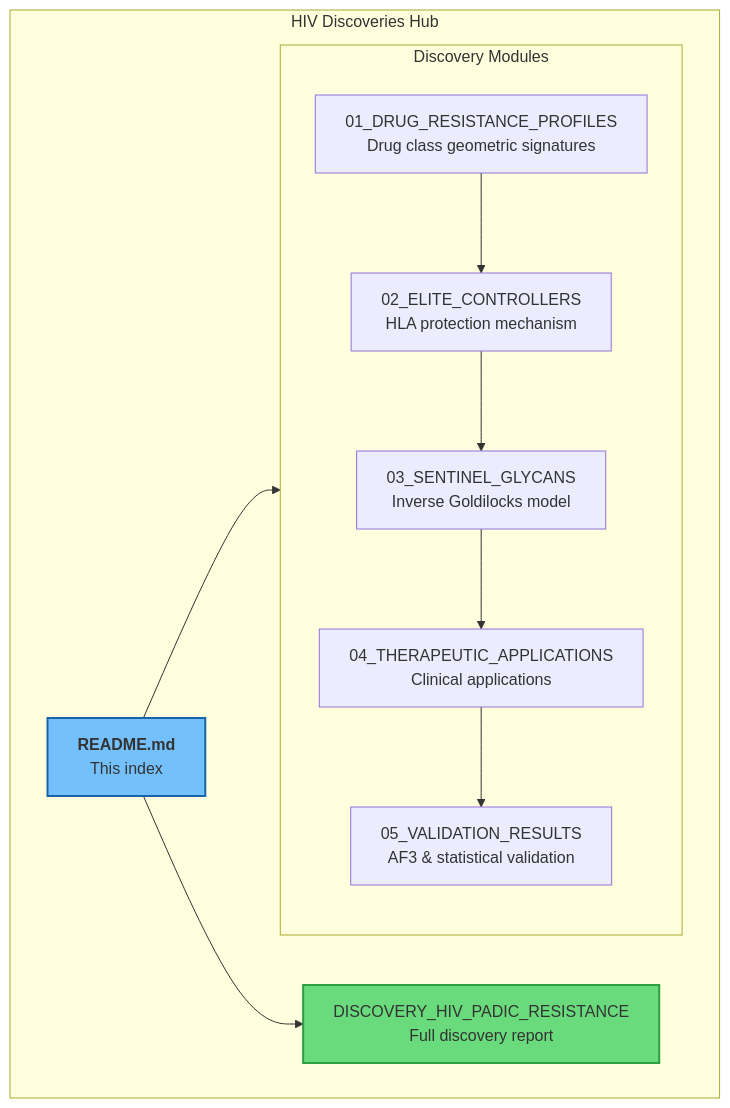
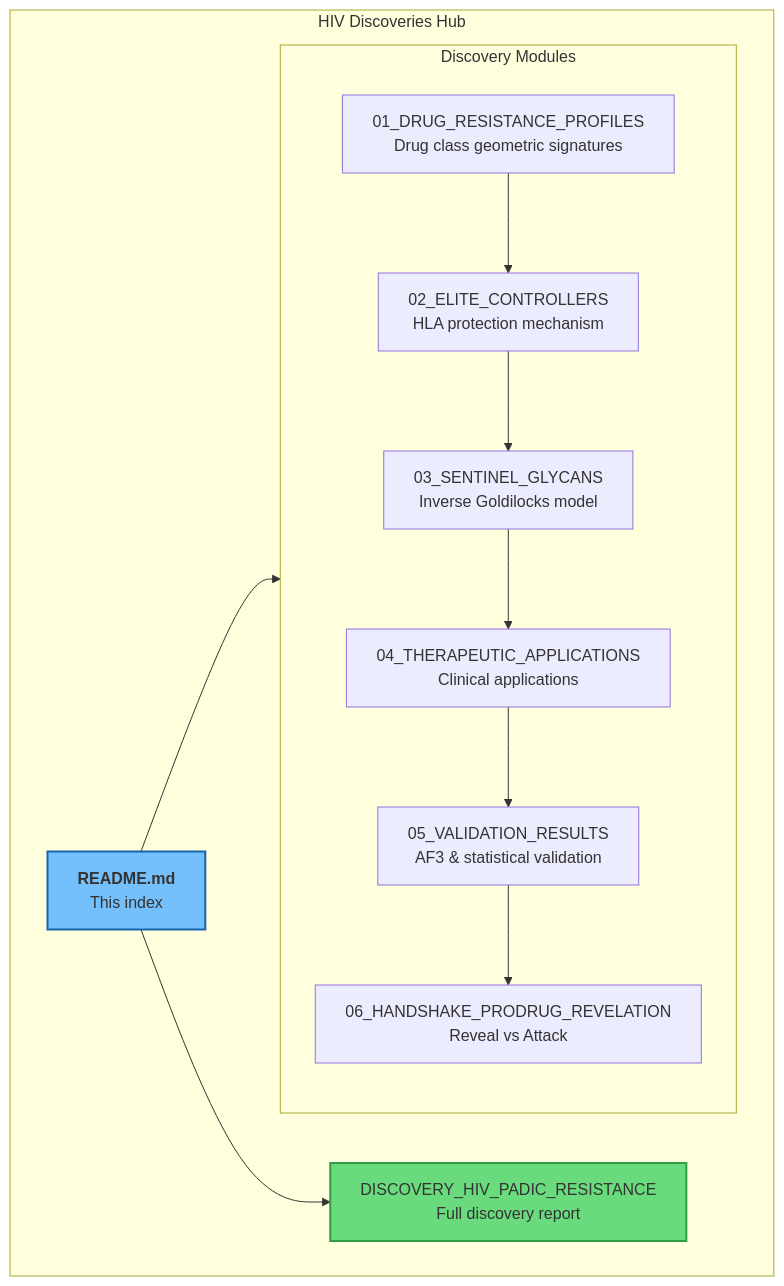
One commit to IvanWeissVanDerPol/HIV-Research changed the first of 4 diagrams in discoveries/README.md. Above: the diagram before and after it, drawn with Mermaid. The commit also changed other lines of this file and 8 other files, not shown here.

````diff
--- a/discoveries/README.md
+++ b/discoveries/README.md
@@ -15,23 +15,26 @@
 ```mermaid
 flowchart TB
     subgraph INDEX["HIV Discoveries Hub"]
         README["<b>README.md</b><br/>This index"]
 
         subgraph DISCOVERIES["Discovery Modules"]
             D1["01_DRUG_RESISTANCE_PROFILES<br/>Drug class geometric signatures"]
             D2["02_ELITE_CONTROLLERS<br/>HLA protection mechanism"]
             D3["03_SENTINEL_GLYCANS<br/>Inverse Goldilocks model"]
             D4["04_THERAPEUTIC_APPLICATIONS<br/>Clinical applications"]
             D5["05_VALIDATION_RESULTS<br/>AF3 & statistical validation"]
+            D4["04_THERAPEUTIC_APPLICATIONS<br/>Clinical applications"]
+            D5["05_VALIDATION_RESULTS<br/>AF3 & statistical validation"]
+            D6["06_HANDSHAKE_PRODRUG_REVELATION<br/>Reveal vs Attack"]
         end
 
         MAIN["DISCOVERY_HIV_PADIC_RESISTANCE<br/>Full discovery report"]
     end
 
     README --> DISCOVERIES
     README --> MAIN
-    D1 --> D2 --> D3 --> D4 --> D5
+    D1 --> D2 --> D3 --> D4 --> D5 --> D6
 
     style README fill:#74c0fc,stroke:#1864ab,stroke-width:2px
     style MAIN fill:#69db7c,stroke:#2f9e44,stroke-width:2px
 ```
````
